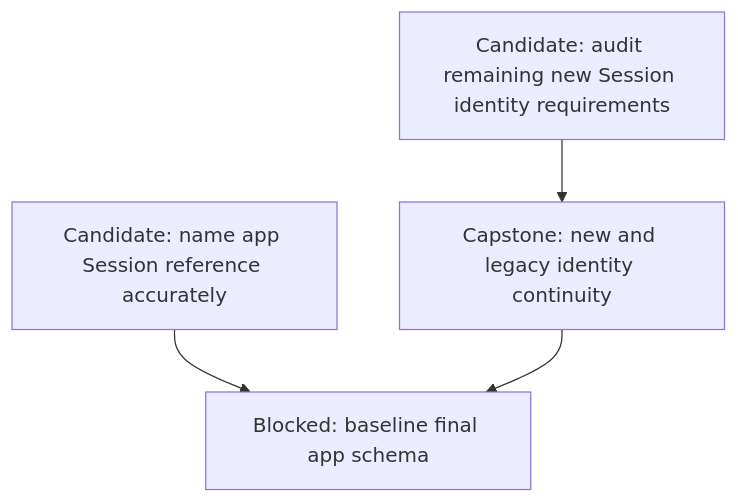
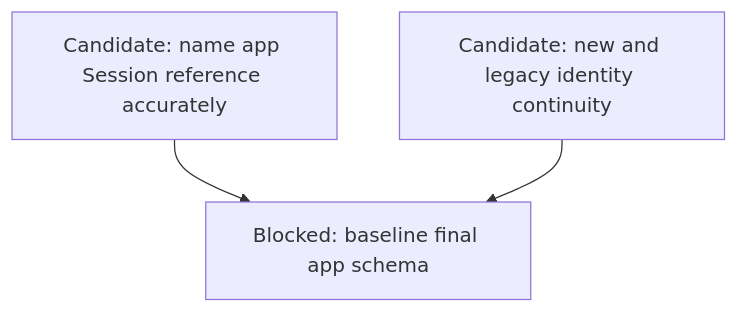
Before and after one commit to agentydragon-agent/ducktape: the first of 10 diagrams in agentplane/plans/task_dag.md, drawn with Mermaid. The commit also changed other lines of this file and 11 other files, not shown here.

````diff
--- a/agentplane/plans/task_dag.md
+++ b/agentplane/plans/task_dag.md
@@ -23,10 +23,8 @@
 ```mermaid
 flowchart TD
     APP_SESSION_SCHEMA_RENAME[Candidate: name app Session reference accurately]
-    THREAD_IDENTITY_NEW[Candidate: audit remaining new Session identity requirements]
-    THREAD_EVENT_CONTINUITY[Capstone: new and legacy identity continuity]
+    THREAD_EVENT_CONTINUITY[Candidate: new and legacy identity continuity]
     APP_ALEMBIC_SQUASH[Blocked: baseline final app schema]
-    THREAD_IDENTITY_NEW --> THREAD_EVENT_CONTINUITY
     APP_SESSION_SCHEMA_RENAME --> APP_ALEMBIC_SQUASH
     THREAD_EVENT_CONTINUITY --> APP_ALEMBIC_SQUASH
 ```
````
